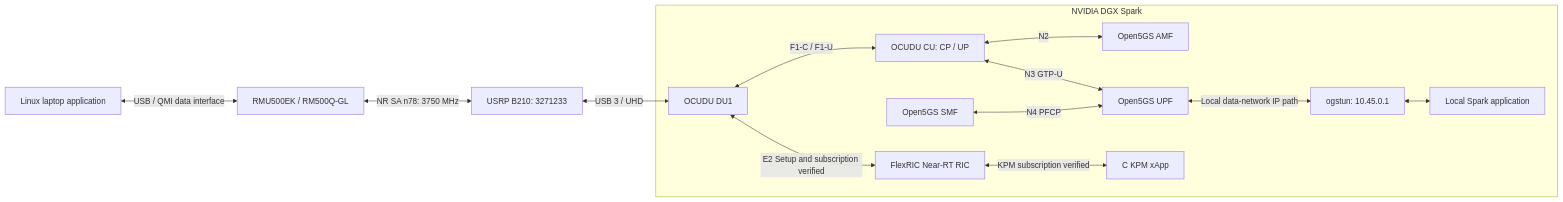
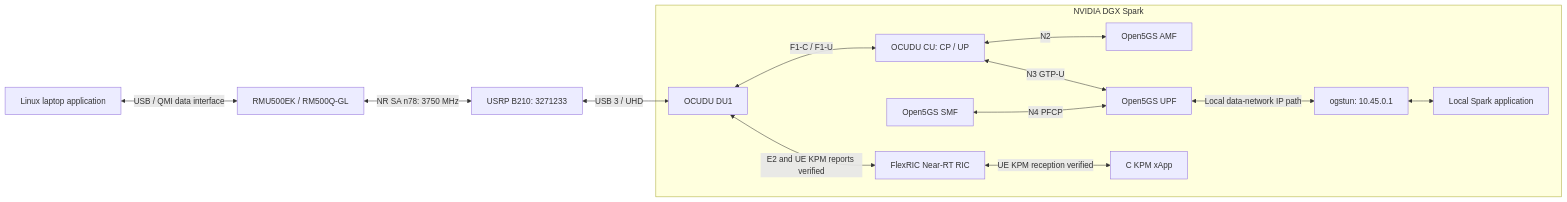
The diagram in docs/project_progress_and_configuration.md (Ruibin2000/Falcomm), drawn with Mermaid before and after one commit. The commit also changed other lines of this file and 11 other files, not shown here.

````diff
--- a/docs/project_progress_and_configuration.md
+++ b/docs/project_progress_and_configuration.md
@@ -7,25 +7,25 @@
 ```mermaid
 flowchart LR
     Laptop[Linux laptop application] <-->|USB / QMI data interface| UE[RMU500EK / RM500Q-GL]
     UE <-->|NR SA n78: 3750 MHz| B210[USRP B210: 3271233]
     subgraph Spark[NVIDIA DGX Spark]
         DU[OCUDU DU1]
         CU[OCUDU CU: CP / UP]
         AMF[Open5GS AMF]
         SMF[Open5GS SMF]
         UPF[Open5GS UPF]
         TUN[ogstun: 10.45.0.1]
         App[Local Spark application]
         RIC[FlexRIC Near-RT RIC]
         XAPP[C KPM xApp]
         DU <-->|F1-C / F1-U| CU
         CU <-->|N2| AMF
         CU <-->|N3 GTP-U| UPF
         SMF <-->|N4 PFCP| UPF
         UPF <-->|Local data-network IP path| TUN
         TUN <--> App
-        DU <-->|E2 Setup and subscription verified| RIC
-        RIC <-->|KPM subscription verified| XAPP
+        DU <-->|E2 and UE KPM reports verified| RIC
+        RIC <-->|UE KPM reception verified| XAPP
     end
     B210 <-->|USB 3 / UHD| DU
 ```
````
